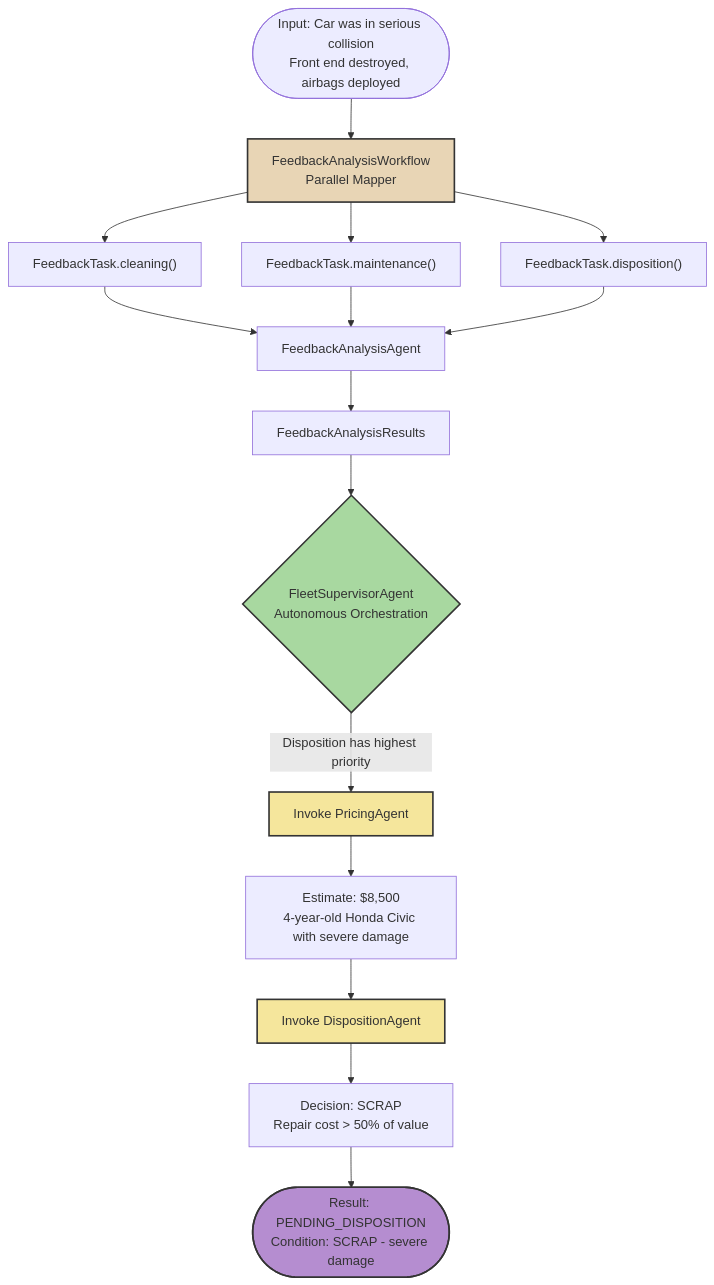
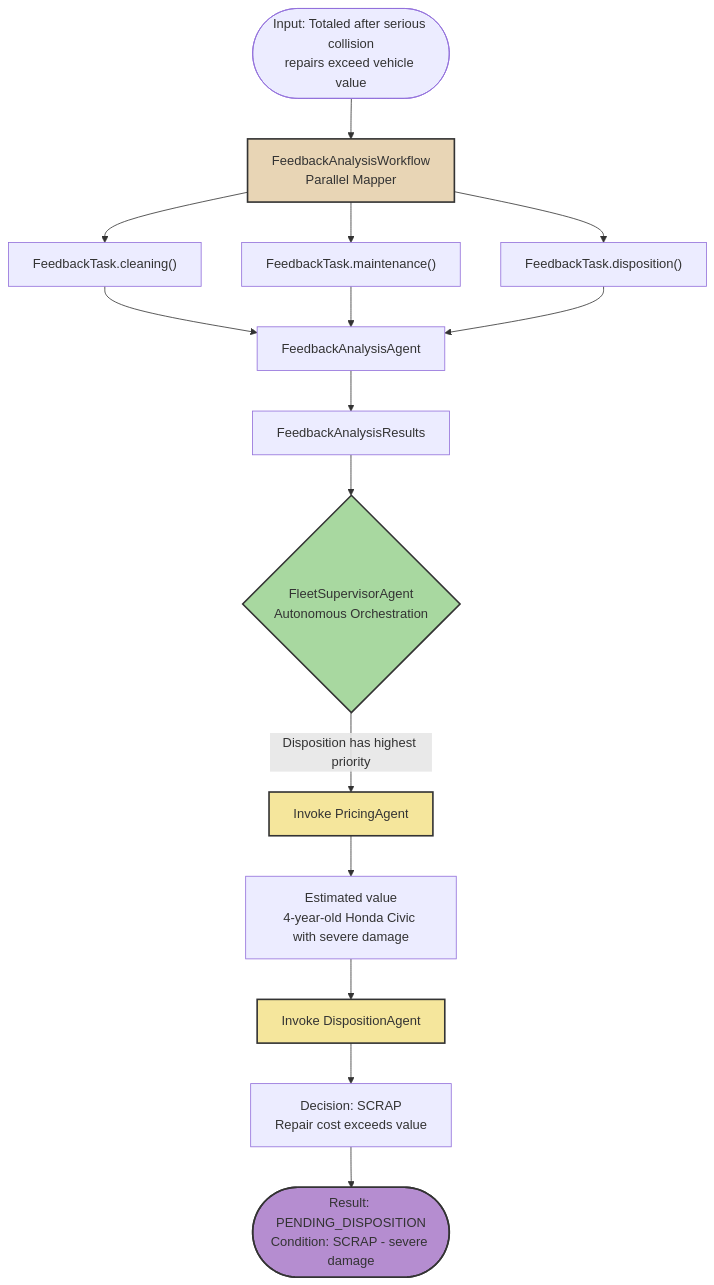
One commit to quarkusio/quarkus-workshop-langchain4j changed the second of 5 diagrams in docs/docs/section-2/step-04.md. Above: the diagram before and after it, drawn with Mermaid. The commit also changed other lines of this file and 1 other file, not shown here.

Commit message:
Revise estimated values and feedback text in documentation for improved accuracy and clarity

````diff
--- a/docs/docs/section-2/step-04.md
+++ b/docs/docs/section-2/step-04.md
@@ -450,26 +450,26 @@
 ```mermaid
 flowchart TD
-    Start(["Input: Car was in serious collision<br/>Front end destroyed, airbags deployed"])
+    Start(["Input: Totaled after serious collision<br/>repairs exceed vehicle value"])
 
     Start --> FW["FeedbackAnalysisWorkflow<br/>Parallel Mapper"]
     FW --> T1["FeedbackTask.cleaning()"]
     FW --> T2["FeedbackTask.maintenance()"]
     FW --> T3["FeedbackTask.disposition()"]
     T1 --> A1["FeedbackAnalysisAgent"]
     T2 --> A1
     T3 --> A1
     A1 --> Results["FeedbackAnalysisResults"]
 
     Results --> FSA{"FleetSupervisorAgent<br/>Autonomous Orchestration"}
     FSA -->|"Disposition has highest priority"| PA["Invoke PricingAgent"]
-    PA --> PV["Estimate: $8,500<br/>4-year-old Honda Civic with severe damage"]
+    PA --> PV["Estimated value<br/>4-year-old Honda Civic with severe damage"]
     PV --> DA["Invoke DispositionAgent"]
-    DA --> DD["Decision: SCRAP<br/>Repair cost > 50% of value"]
+    DA --> DD["Decision: SCRAP<br/>Repair cost exceeds value"]
     DD --> Result(["Result: PENDING_DISPOSITION<br/>Condition: SCRAP - severe damage"])
 
     style FW fill:#e8d5b5,stroke:#333,stroke-width:2,color:#333
     style FSA fill:#a8d8a0,stroke:#333,stroke-width:2,color:#333
     style PA fill:#f5e69c,stroke:#333,stroke-width:2,color:#333
     style DA fill:#f5e69c,stroke:#333,stroke-width:2,color:#333
     style Result fill:#b58dd0,stroke:#333,stroke-width:2,color:#333
 ```
````
